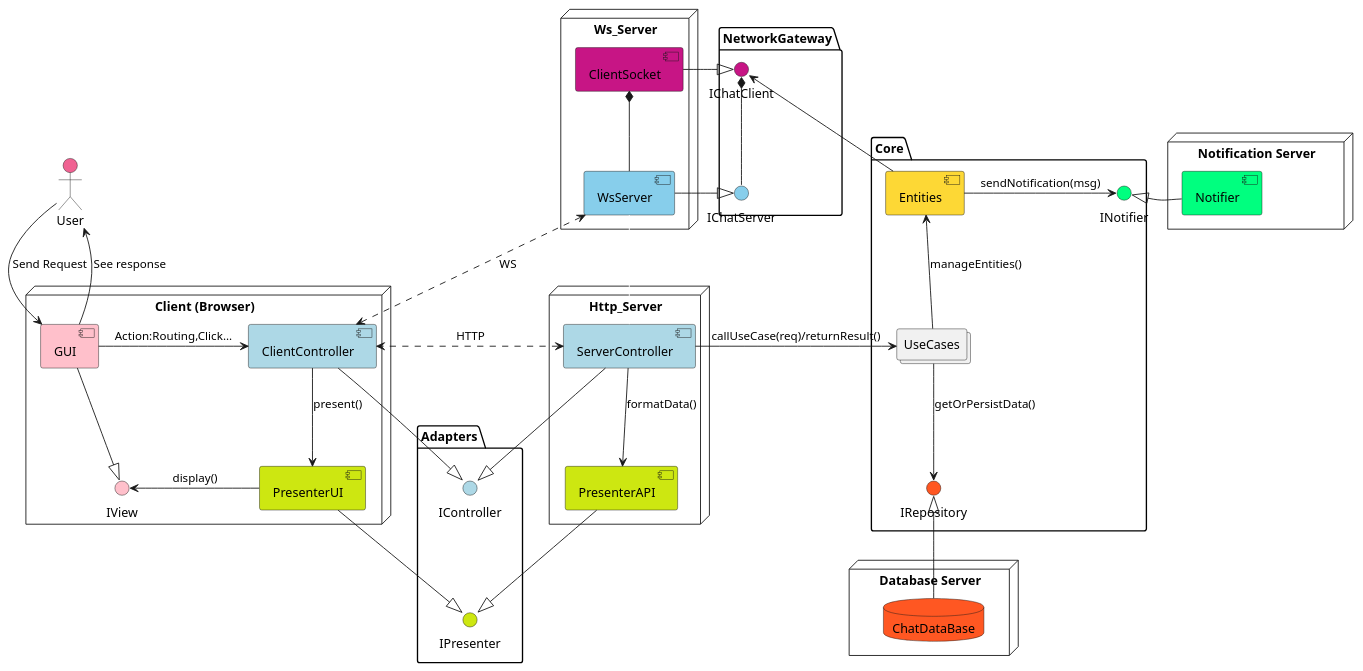
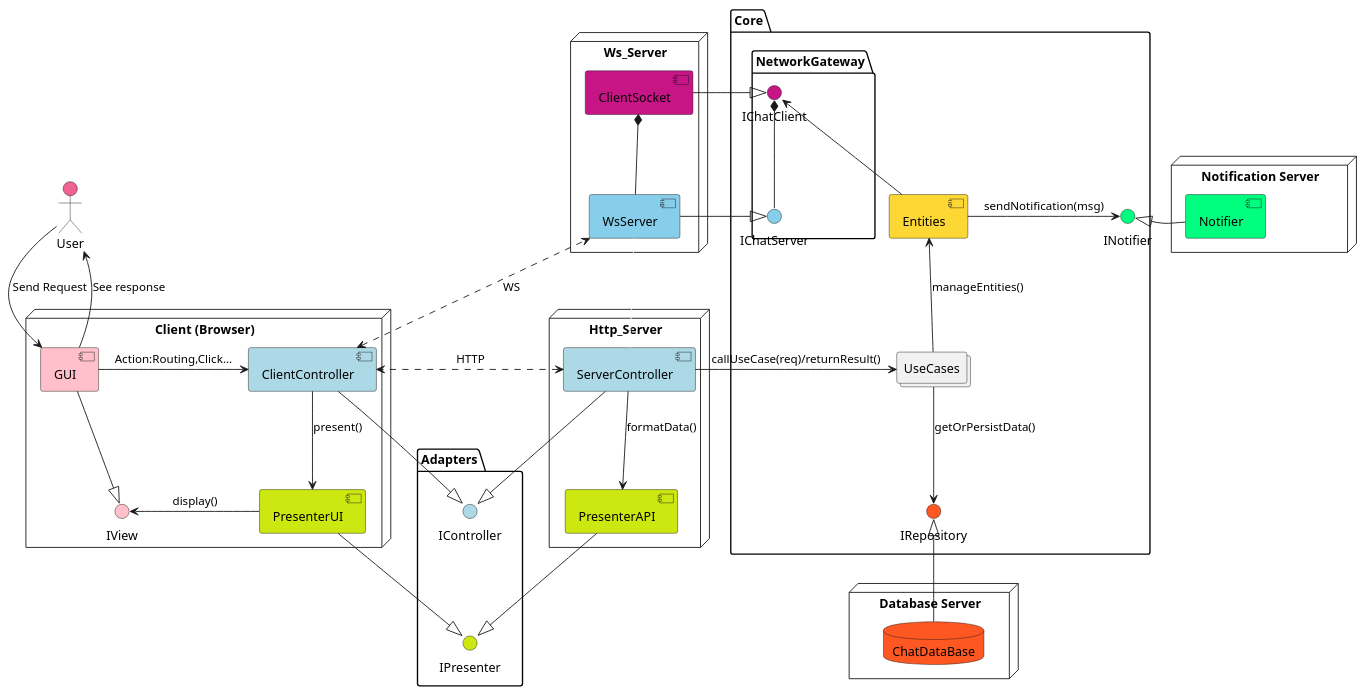
Before and after one commit to moez-sadok/chat-clean-architecture: the diagram in docs/design/component-diagram.wsd, drawn with PlantUML. The commit also changed other lines of this file and 11 other files, not shown here.

```diff
--- a/docs/design/component-diagram.wsd
+++ b/docs/design/component-diagram.wsd
@@ -1,87 +1,93 @@
 @startuml
 
 actor User #F06292
 
 package "Adapters" {
     interface IController  #LightBlue
     interface IPresenter #CDE711
 }
-
-package "NetworkGateway" {
-    interface IChatServer #SkyBlue
-    interface IChatClient #MediumVioletRed
-}
 package "Core" {
     interface IRepository #FF5722
     interface INotifier #SpringGreen
     collections UseCases
     [Entities] #FDD835
+    package "NetworkGateway" {
+        interface IChatServer #SkyBlue
+        interface IChatClient #MediumVioletRed
+    }
 }
+
+' package "Core.NetworkGateway" {
+    '     interface IChatServer #SkyBlue
+    '     interface IChatClient #MediumVioletRed
+    '
+' }
+
 
 node "Client (Browser)" {
     interface IView #Pink
     [PresenterUI] #CDE711
     [ClientController] #LightBlue
     [GUI] #Pink
 
     PresenterUI --|>  IPresenter
     ClientController --|>  IController
     GUI --|> IView
 }
 
 node "Database Server" {
     database ChatDataBase #FF5722
 }
 
 node "Notification Server" {
     [Notifier] #SpringGreen
 }
 
 node "Http_Server" {
     [ServerController]  #LightBlue
     [PresenterAPI] #CDE711
     ServerController --|>  IController
     PresenterAPI --|>  IPresenter
 }
 
 node "Ws_Server" {
     ' top to bottom direction
     [ClientSocket] #MediumVioletRed
     [WsServer] #SkyBlue
 
 }
 
 User -down-> GUI : Send Request
 GUI -right-> ClientController : Action:Routing,Click...
 
-ServerController  <.--.> ClientController  : HTTP 
+ServerController  <.--.> ClientController  : HTTP
 ServerController -right-> UseCases : callUseCase(req)/returnResult()
 
 Entities  <--  UseCases : manageEntities()
 
-ClientController <.--.> WsServer : WS 
+ClientController <.--.> WsServer : WS
 IChatServer <|-left- WsServer
 ClientSocket *-- WsServer
 IChatClient  <|-left- ClientSocket
 IChatClient *-- IChatServer
 IChatClient <-down- Entities
 
 
 IRepository <-up- UseCases  : getOrPersistData()
 ChatDataBase  -up-|>  IRepository
 
 Notifier  -left-|>  INotifier
 Entities -right-> INotifier : sendNotification(msg)
 
 ServerController --> PresenterAPI : formatData()
 
 ClientController --> PresenterUI  : present()
 IView <-right- PresenterUI : display()
 
 GUI  -up-> User : See response
 
 ' fake fidden line for design adaptation
 ServerController  -up- WsServer #FFFFFF
 IPresenter  -up- IController #FFFFFF
 
 @enduml
```
